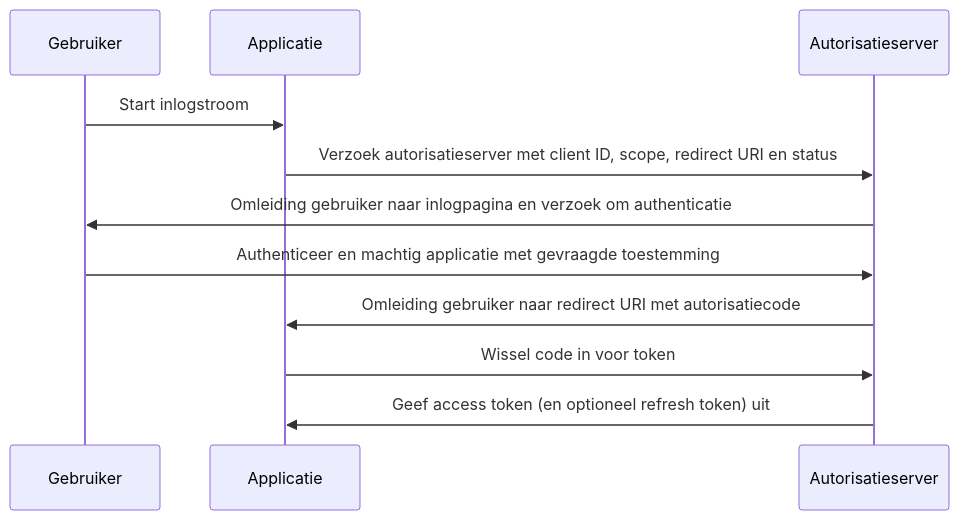
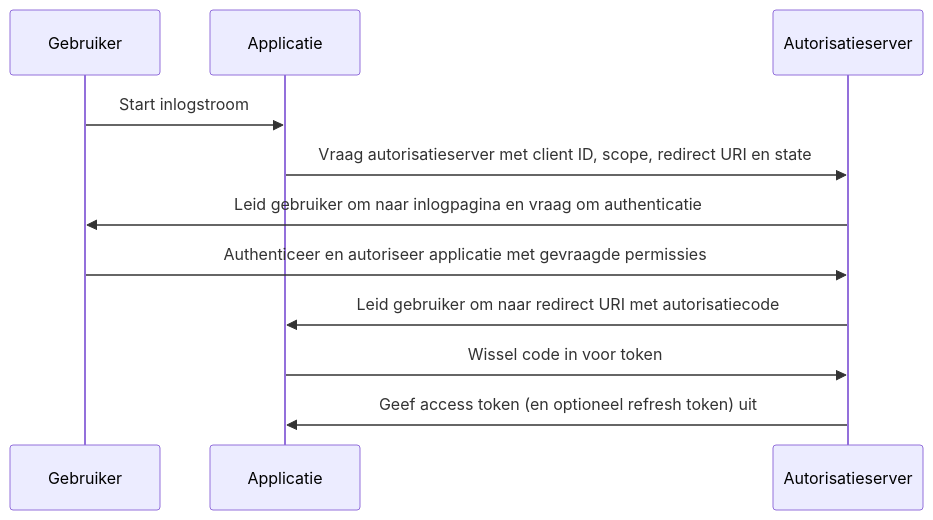
Before and after one commit to logto-io/auth-wiki: the diagram in src/content/terms/nl/authorization-code-flow.mdx, drawn with Mermaid. The commit also changed other lines of this file and 95 other files, not shown here.

````diff
--- a/src/content/terms/nl/authorization-code-flow.mdx
+++ b/src/content/terms/nl/authorization-code-flow.mdx
@@ -25,14 +27,14 @@
 ```mermaid
 sequenceDiagram
     participant Gebruiker
     participant Applicatie
     participant Autorisatieserver
 
     Gebruiker->>Applicatie: Start inlogstroom
-    Applicatie->>Autorisatieserver: Verzoek autorisatieserver met client ID, scope, redirect URI en status
-    Autorisatieserver->>Gebruiker: Omleiding gebruiker naar inlogpagina en verzoek om authenticatie
-    Gebruiker->>Autorisatieserver: Authenticeer en machtig applicatie met gevraagde toestemming
-    Autorisatieserver->>Applicatie: Omleiding gebruiker naar redirect URI met autorisatiecode
+    Applicatie->>Autorisatieserver: Vraag autorisatieserver met client ID, scope, redirect URI en state
+    Autorisatieserver->>Gebruiker: Leid gebruiker om naar inlogpagina en vraag om authenticatie
+    Gebruiker->>Autorisatieserver: Authenticeer en autoriseer applicatie met gevraagde permissies
+    Autorisatieserver->>Applicatie: Leid gebruiker om naar redirect URI met autorisatiecode
     Applicatie->>Autorisatieserver: Wissel code in voor token
     Autorisatieserver->>Applicatie: Geef access token (en optioneel refresh token) uit
 ```
````
